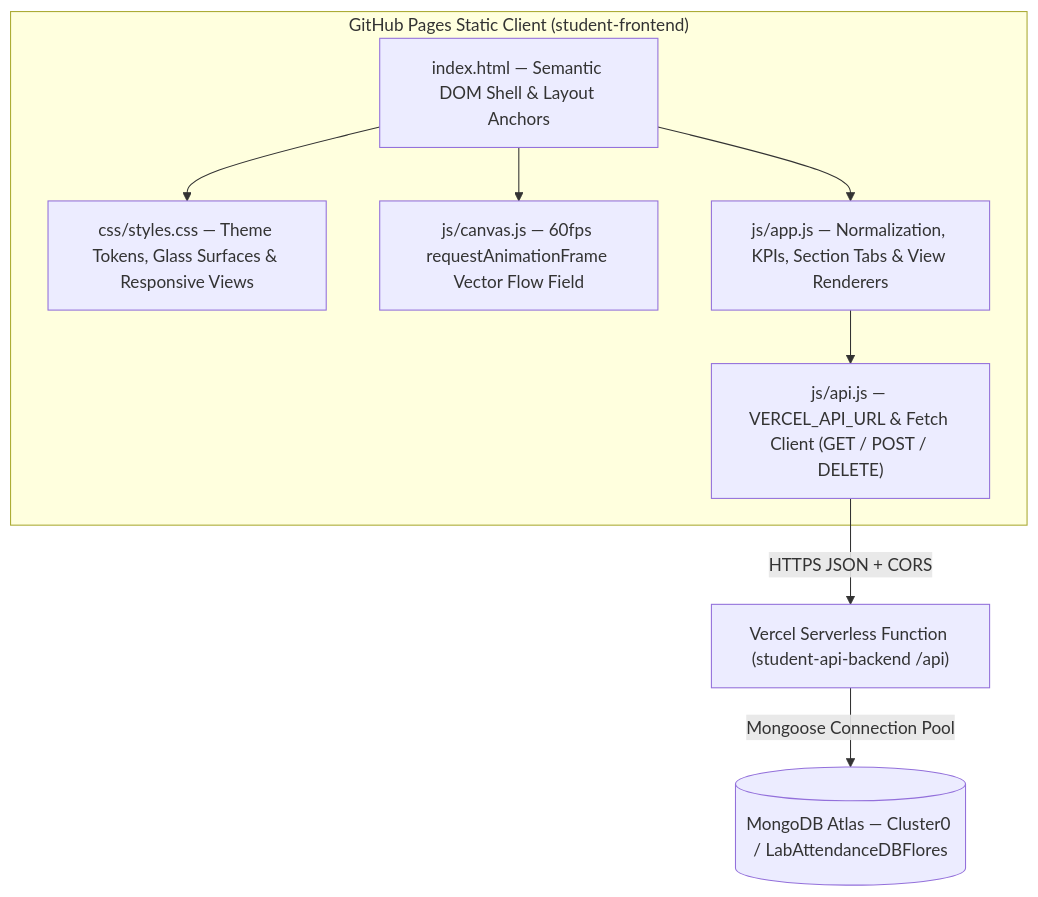
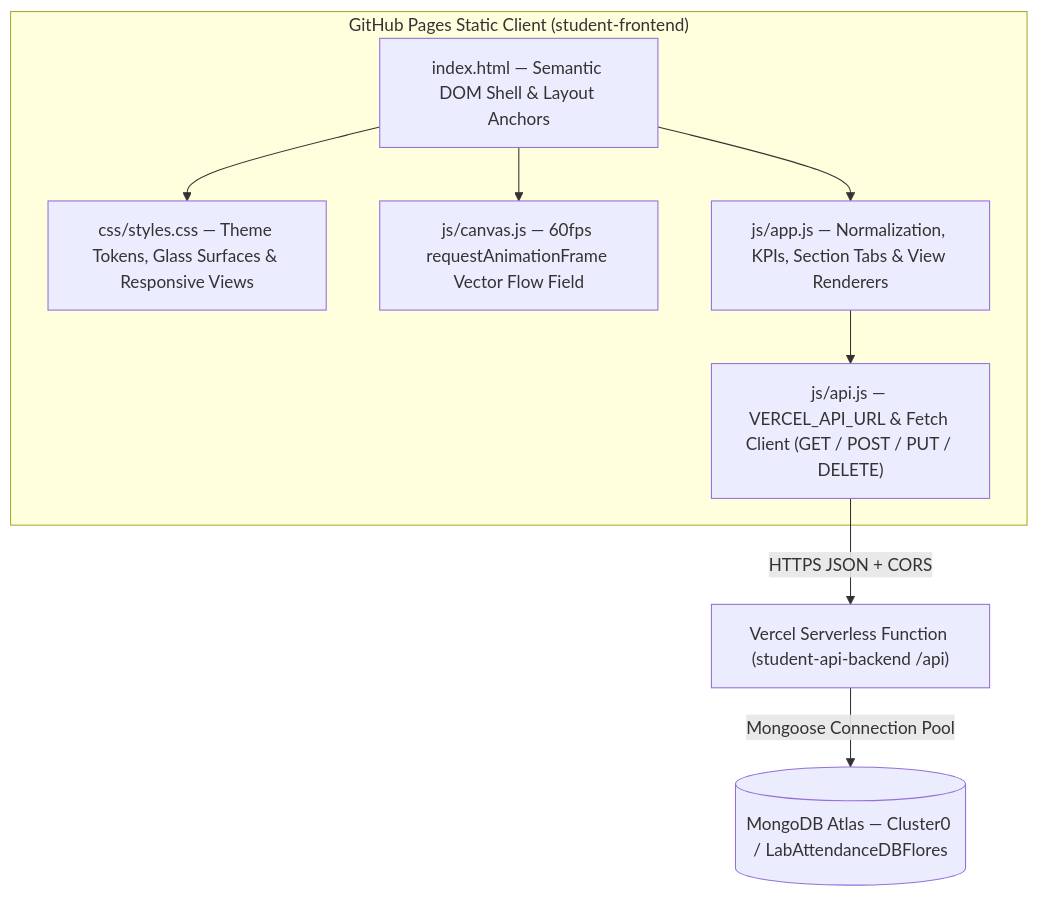
One commit to Kenosis0/student-frontend changed the diagram in README.md. Above: the diagram before and after it, drawn with Mermaid. The commit also changed other lines of this file and 4 other files, not shown here.

Commit message:
feat: add Edit Record modal (PUT /api), subject input, and delete confirmation alert

````diff
--- a/README.md
+++ b/README.md
@@ -24,21 +24,21 @@
 ```mermaid
 flowchart TD
   subgraph Client["GitHub Pages Static Client (student-frontend)"]
     HTML["index.html — Semantic DOM Shell & Layout Anchors"]
     CSS["css/styles.css — Theme Tokens, Glass Surfaces & Responsive Views"]
     Canvas["js/canvas.js — 60fps requestAnimationFrame Vector Flow Field"]
     App["js/app.js — Normalization, KPIs, Section Tabs & View Renderers"]
-    API["js/api.js — VERCEL_API_URL & Fetch Client (GET / POST / DELETE)"]
+    API["js/api.js — VERCEL_API_URL & Fetch Client (GET / POST / PUT / DELETE)"]
 
     HTML --> CSS
     HTML --> Canvas
     HTML --> App
     App --> API
   end
 
   Vercel["Vercel Serverless Function (student-api-backend /api)"]
   Atlas[("MongoDB Atlas — Cluster0 / LabAttendanceDBFlores")]
 
   API -- "HTTPS JSON + CORS" --> Vercel
   Vercel -- "Mongoose Connection Pool" --> Atlas
 ```
````
